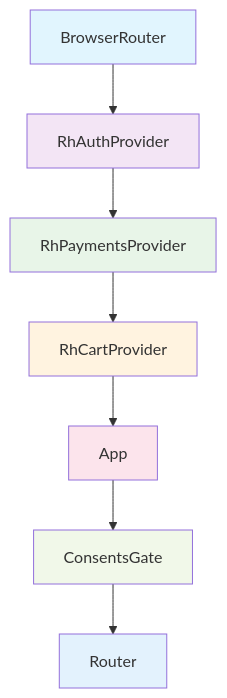
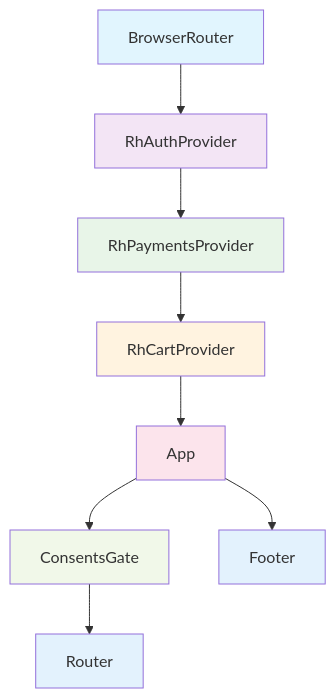
Before and after one commit to ulabase/starter-ecommerce: the diagram in openwiki/architecture/overview.md, drawn with Mermaid. The commit also changed other lines of this file and 13 other files, not shown here.

````diff
--- a/openwiki/architecture/overview.md
+++ b/openwiki/architecture/overview.md
@@ -49,17 +50,19 @@
 ```mermaid
 graph TD
     A[BrowserRouter] --> B[RhAuthProvider]
     B --> C[RhPaymentsProvider]
     C --> D[RhCartProvider]
     D --> E[App]
     E --> F[ConsentsGate]
     F --> G[Router]
+    E --> H[Footer]
     
     style A fill:#e1f5fe
     style B fill:#f3e5f5
     style C fill:#e8f5e8
     style D fill:#fff3e0
     style E fill:#fce4ec
     style F fill:#f1f8e9
     style G fill:#e3f2fd
+    style H fill:#e3f2fd
 ```
````
